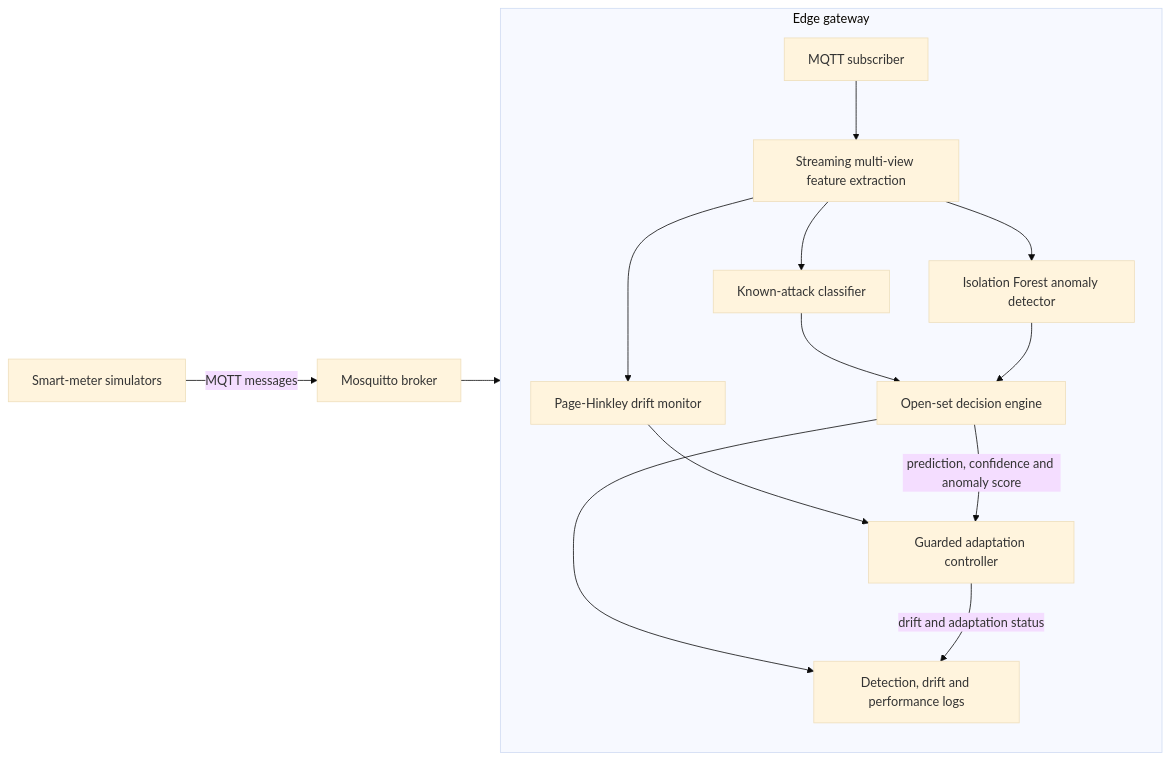
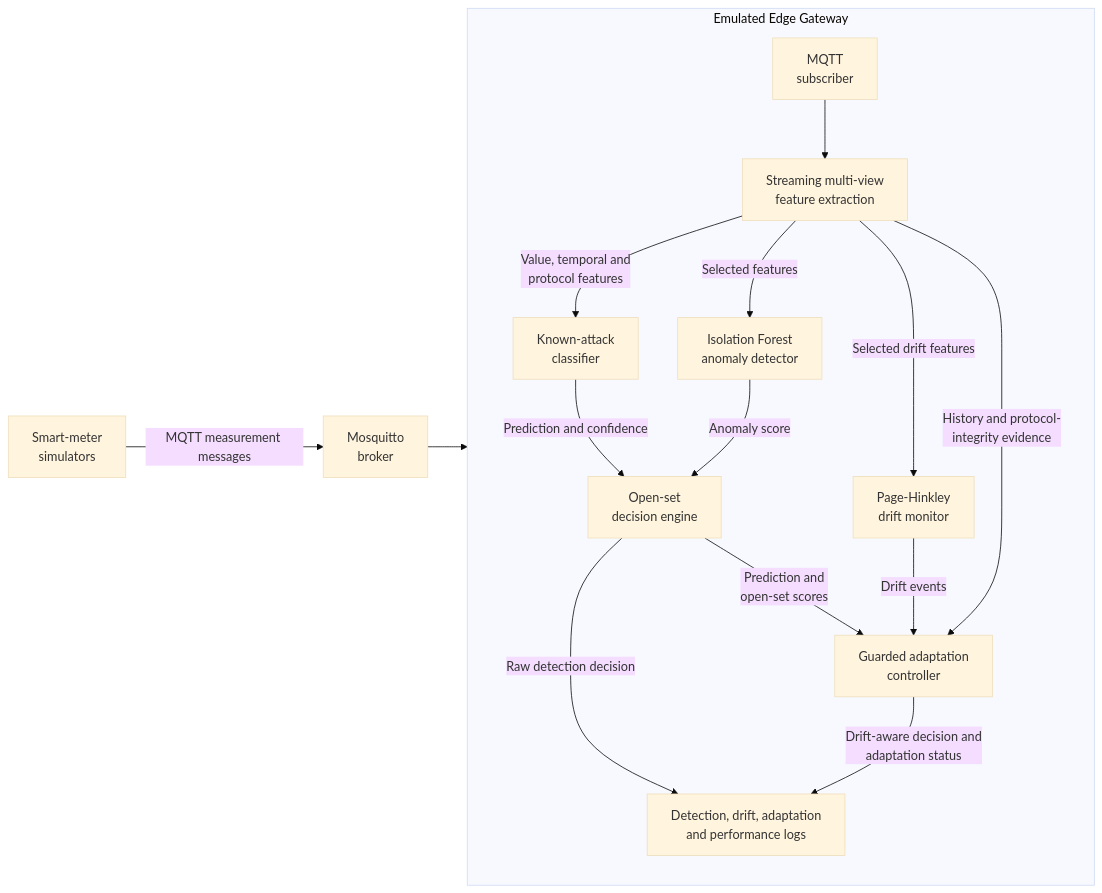
The diagram in README.md (pengbo960/Smartgrid-fdi-edge), drawn with Mermaid (base theme) before and after one commit.

````diff
--- a/README.md
+++ b/README.md
@@ -31,31 +31,37 @@
 ```mermaid
 flowchart LR
-    S["Smart-meter simulators"] -->|"MQTT messages"| B["Mosquitto broker"]
-    B --> G["Edge gateway"]
+    S["Smart-meter<br/>simulators"]
+    B["Mosquitto<br/>broker"]
 
-    subgraph G["Edge gateway"]
-        C["MQTT subscriber"]
-        F["Streaming multi-view feature extraction"]
-        K["Known-attack classifier"]
-        O["Isolation Forest anomaly detector"]
-        E["Open-set decision engine"]
-        D["Page-Hinkley drift monitor"]
-        A["Guarded adaptation controller"]
-        L["Detection, drift and performance logs"]
+    subgraph G["Emulated Edge Gateway"]
+        C["MQTT<br/>subscriber"]
+        F["Streaming multi-view<br/>feature extraction"]
+
+        K["Known-attack<br/>classifier"]
+        O["Isolation Forest<br/>anomaly detector"]
+        D["Page-Hinkley<br/>drift monitor"]
+
+        E["Open-set<br/>decision engine"]
+        A["Guarded adaptation<br/>controller"]
+        L["Detection, drift, adaptation<br/>and performance logs"]
 
         C --> F
-        F --> K
-        F --> O
-        F --> D
 
-        K --> E
-        O --> E
+        F -->|"Value, temporal and<br/>protocol features"| K
+        F -->|"Selected features"| O
+        F -->|"Selected drift features"| D
+        F -->|"History and protocol-<br/>integrity evidence"| A
 
-        D --> A
-        E -->|"prediction, confidence and anomaly score"| A
+        K -->|"Prediction and confidence"| E
+        O -->|"Anomaly score"| E
 
-        E --> L
-        A -->|"drift and adaptation status"| L
+        E -->|"Raw detection decision"| L
+        E -->|"Prediction and<br/>open-set scores"| A
+        D -->|"Drift events"| A
+
+        A -->|"Drift-aware decision and<br/>adaptation status"| L
     end
 
+    S -->|"MQTT measurement messages"| B
+    B --> G
 ```
````
